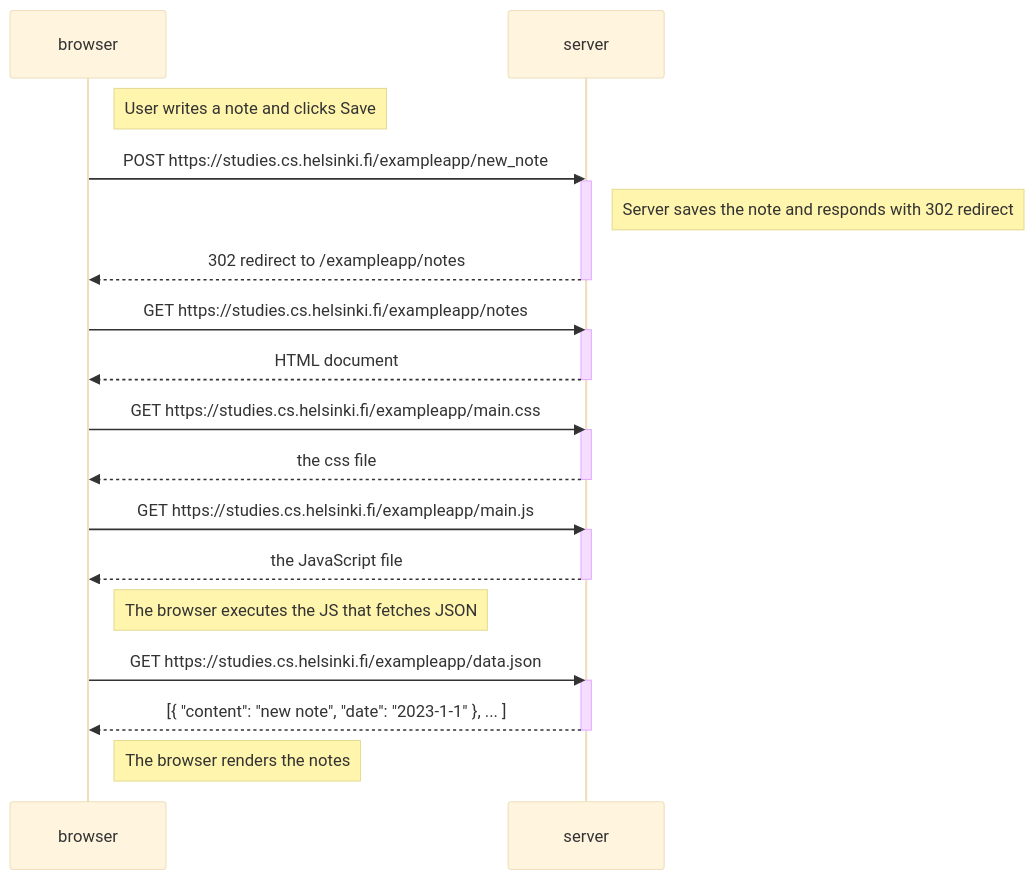
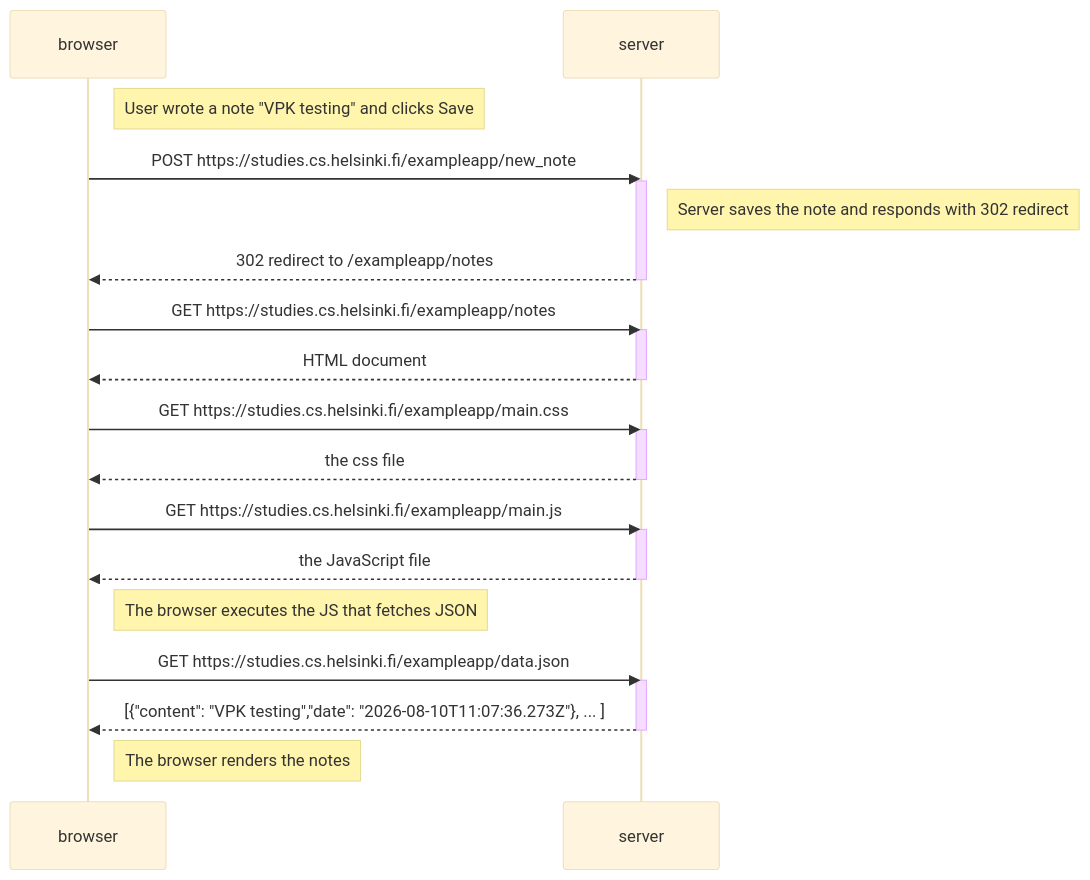
Before and after one commit to CodeWithVinayakKamble/fullstackopen: the diagram in part0/0.4-new-note-diagram.md, drawn with Mermaid (base theme).

Commit message:
correction in part0 0.4

````diff
--- a/part0/0.4-new-note-diagram.md
+++ b/part0/0.4-new-note-diagram.md
@@ -3,35 +3,35 @@
 ```mermaid
 sequenceDiagram
     participant browser
     participant server
 
-    Note right of browser: User writes a note and clicks Save
+    Note right of browser: User wrote a note "VPK testing" and clicks Save
     browser->>server: POST https://studies.cs.helsinki.fi/exampleapp/new_note
     activate server
     Note right of server: Server saves the note and responds with 302 redirect
     server-->>browser: 302 redirect to /exampleapp/notes
     deactivate server
 
     browser->>server: GET https://studies.cs.helsinki.fi/exampleapp/notes
     activate server
     server-->>browser: HTML document
     deactivate server
 
     browser->>server: GET https://studies.cs.helsinki.fi/exampleapp/main.css
     activate server
     server-->>browser: the css file
     deactivate server
 
     browser->>server: GET https://studies.cs.helsinki.fi/exampleapp/main.js
     activate server
     server-->>browser: the JavaScript file
     deactivate server
 
     Note right of browser: The browser executes the JS that fetches JSON
     browser->>server: GET https://studies.cs.helsinki.fi/exampleapp/data.json
     activate server
-    server-->>browser: [{ "content": "new note", "date": "2023-1-1" }, ... ]
+    server-->>browser: [{"content": "VPK testing","date": "2026-08-10T11:07:36.273Z"}, ... ]
     deactivate server
 
     Note right of browser: The browser renders the notes
 ```
````
